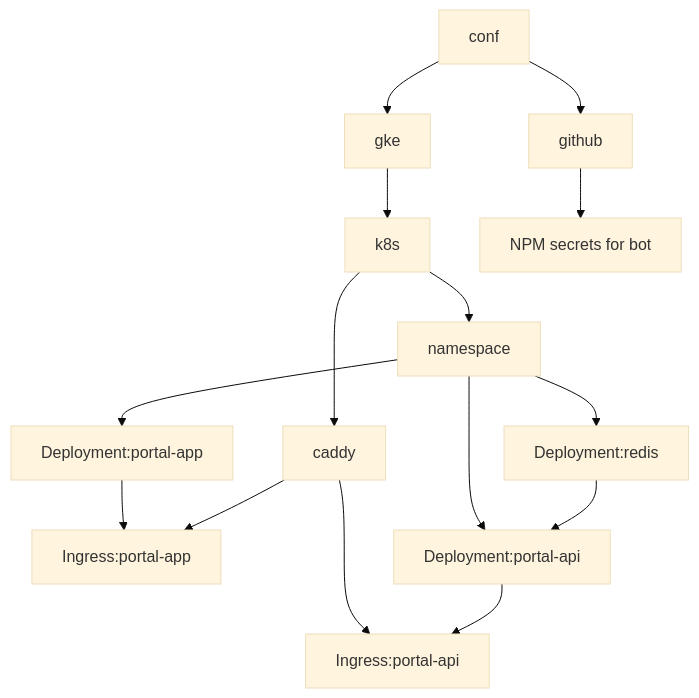
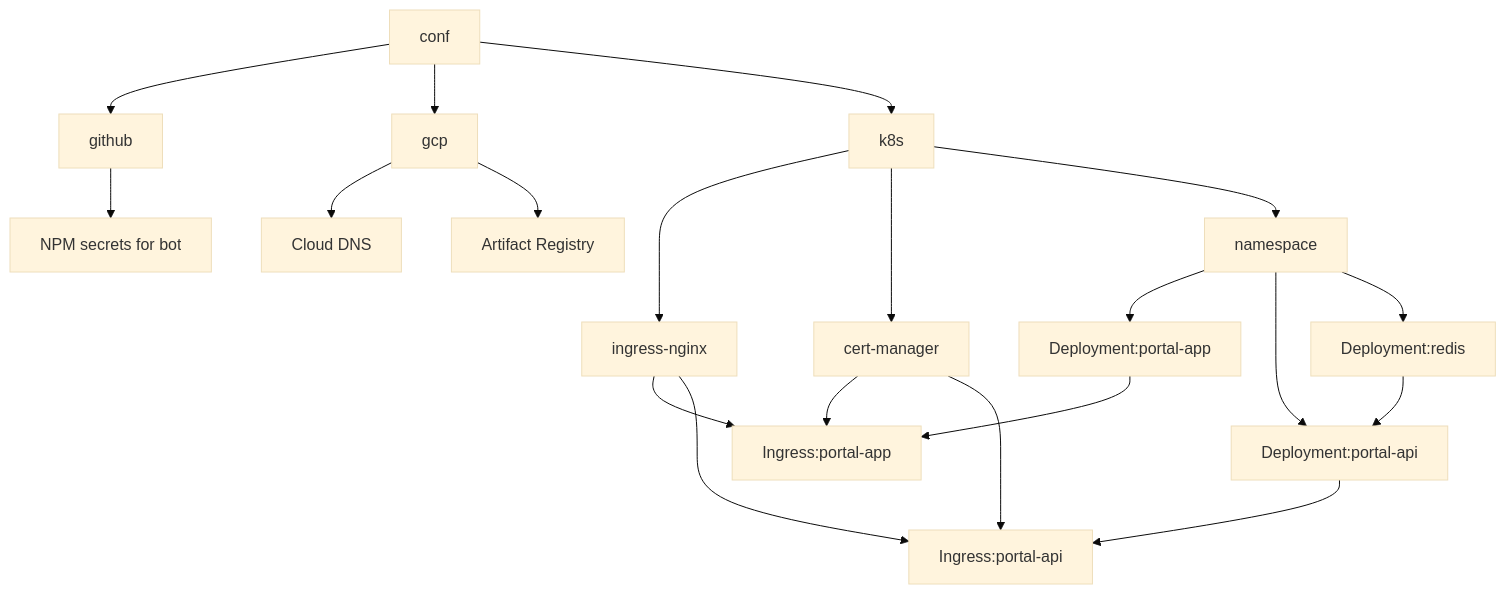
One commit to flexisoftorg/conf changed the diagram in README.md. Above: the diagram before and after it, drawn with Mermaid (base theme). The commit also changed other lines of this file and 20 other files, not shown here.

````diff
--- a/README.md
+++ b/README.md
@@ -31,23 +40,30 @@
 ```mermaid
 flowchart TD
     conf
     conf-->github
-    conf-->gke-->k8s
+    conf-->gcp
+    conf-->k8s
 
     github-->bot-secret["NPM secrets for bot"]
 
-    k8s-->caddy
+    gcp-->dns["Cloud DNS"]
+    gcp-->ar["Artifact Registry"]
+
+    k8s-->ingress-nginx
+    k8s-->cert-manager
 
     namespace-->Deployment:portal-app
     Deployment:portal-app-->Ingress:portal-app
 
-    caddy -->Ingress:portal-app
-    caddy -->Ingress:portal-api
+    ingress-nginx -->Ingress:portal-app
+    ingress-nginx -->Ingress:portal-api
+    cert-manager -->Ingress:portal-app
+    cert-manager -->Ingress:portal-api
 
     k8s-->namespace
 
     namespace-->Deployment:portal-api
     Deployment:portal-api-->Ingress:portal-api
     namespace-->Deployment:redis
     Deployment:redis-->Deployment:portal-api
 ```
````
